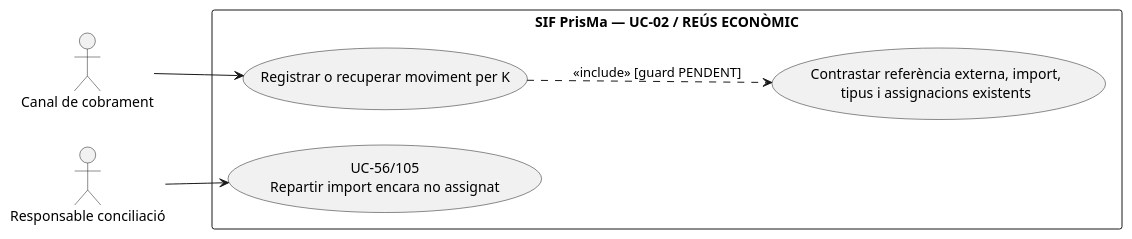
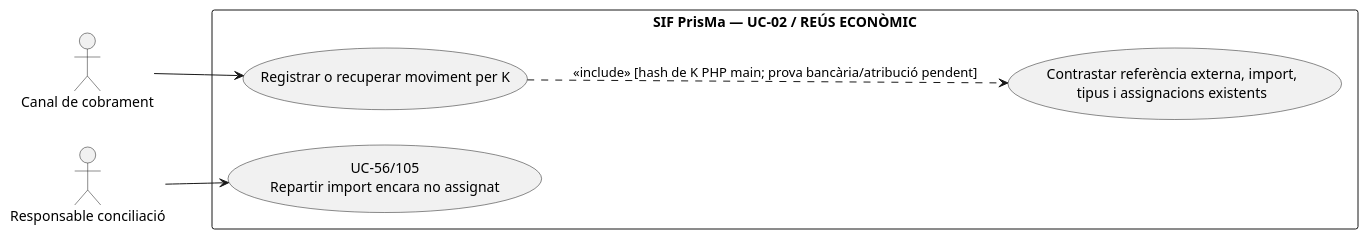
Diagram 13 of 17 in documentacio/07-uml-integrat/uc-002-registrar-cobrament-factura.md (orgmeriemprismacat-del/verifactu), drawn with PlantUML before and after one commit. The commit also changed other lines of this file, not shown here.

Commit message:
docs(uml): UC-02 alinea hash V1/V2 de main i elimina falses afirmacions de reús econòmic

````diff
--- a/documentacio/07-uml-integrat/uc-002-registrar-cobrament-factura.md
+++ b/documentacio/07-uml-integrat/uc-002-registrar-cobrament-factura.md
@@ -486,15 +500,15 @@
 ```plantuml
 @startuml
 left to right direction
 actor "Canal de cobrament" as C
 actor "Responsable conciliació" as R
 rectangle "SIF PrisMa — UC-02 / REÚS ECONÒMIC" {
  usecase "Registrar o recuperar moviment per K" as Reuse
  usecase "Contrastar referència externa, import,\ntipus i assignacions existents" as Compare
  usecase "UC-56/105\nRepartir import encara no assignat" as Split
 }
 C --> Reuse
-Reuse ..> Compare : <<include>> [guard PENDENT]
+Reuse ..> Compare : <<include>> [hash de K PHP main; prova bancària/atribució pendent]
 R --> Split
 @enduml
 ```
````
